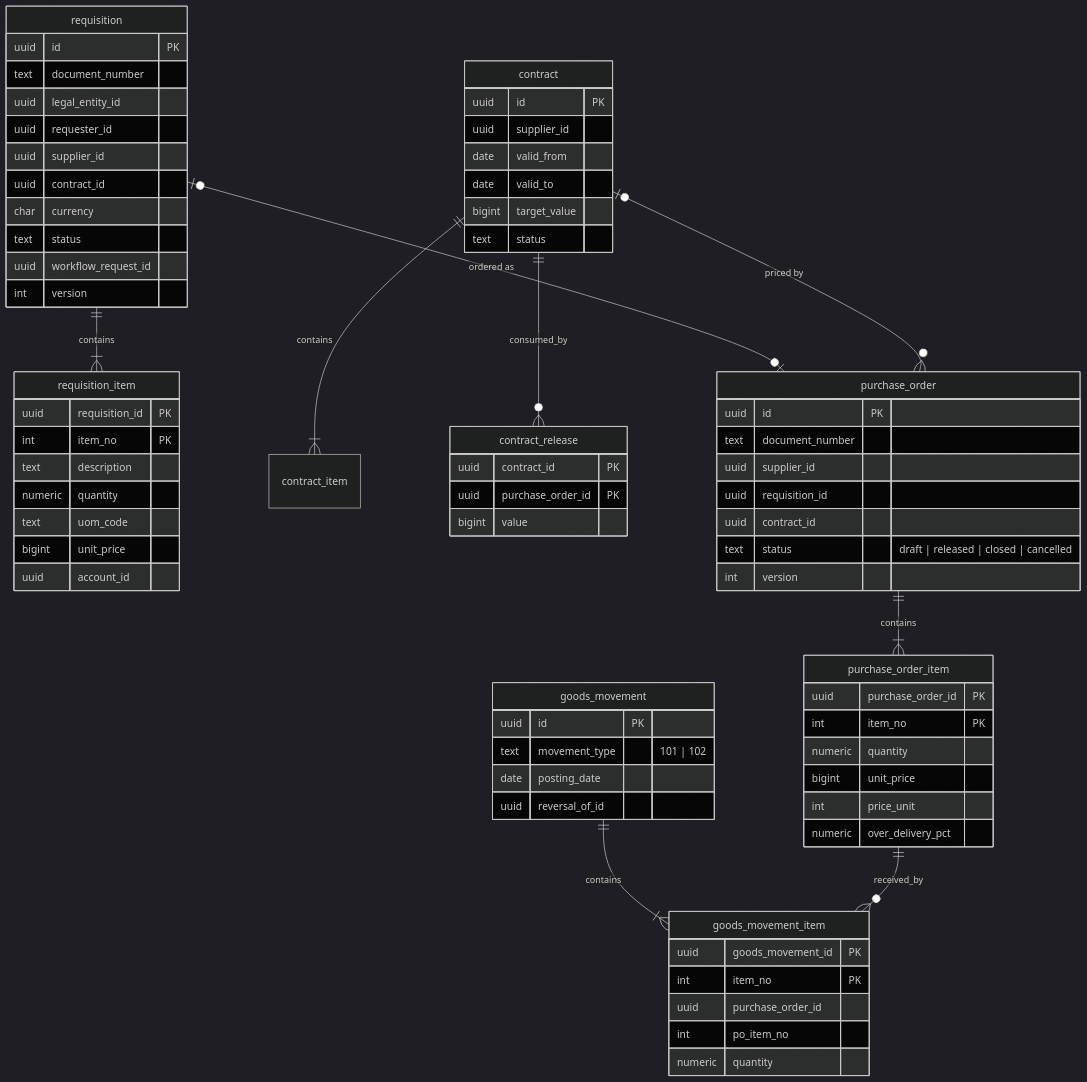
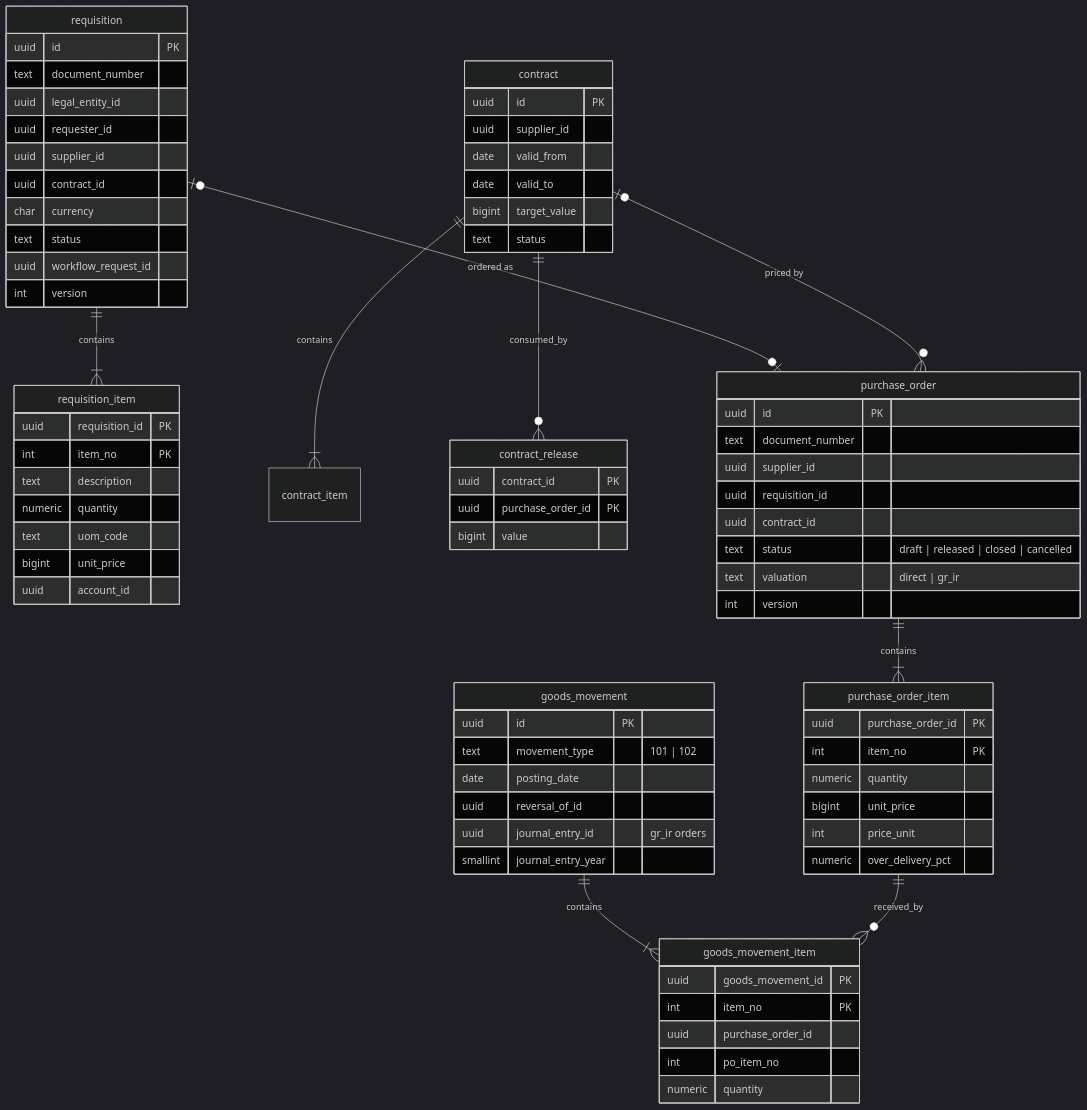
One commit to mustie7iy/agentic-erp changed the sixth of 9 diagrams in docs/design/03-data-model.md. Above: the diagram before and after it, drawn with Mermaid (dark theme). The commit also changed other lines of this file and 3 other files, not shown here.

First line of the commit message:
Schema for GR/IR clearing: order items on journal lines, order valuation (T33a)

````diff
--- a/docs/design/03-data-model.md
+++ b/docs/design/03-data-model.md
@@ -537,59 +554,62 @@
 ```mermaid
 erDiagram
   requisition ||--|{ requisition_item : contains
   contract ||--|{ contract_item : contains
   contract ||--o{ contract_release : consumed_by
   purchase_order ||--|{ purchase_order_item : contains
   requisition |o--o| purchase_order : "ordered as"
   contract |o--o{ purchase_order : "priced by"
   goods_movement ||--|{ goods_movement_item : contains
   purchase_order_item ||--o{ goods_movement_item : received_by
   requisition { uuid id PK
     text document_number
     uuid legal_entity_id
     uuid requester_id
     uuid supplier_id
     uuid contract_id
     char currency
     text status
     uuid workflow_request_id
     int version }
   requisition_item { uuid requisition_id PK
     int item_no PK
     text description
     numeric quantity
     text uom_code
     bigint unit_price
     uuid account_id }
   contract { uuid id PK
     uuid supplier_id
     date valid_from
     date valid_to
     bigint target_value
     text status }
   contract_release { uuid contract_id PK
     uuid purchase_order_id PK
     bigint value }
   purchase_order { uuid id PK
     text document_number
     uuid supplier_id
     uuid requisition_id
     uuid contract_id
     text status "draft | released | closed | cancelled"
+    text valuation "direct | gr_ir"
     int version }
   purchase_order_item { uuid purchase_order_id PK
     int item_no PK
     numeric quantity
     bigint unit_price
     int price_unit
     numeric over_delivery_pct }
   goods_movement { uuid id PK
     text movement_type "101 | 102"
     date posting_date
-    uuid reversal_of_id }
+    uuid reversal_of_id
+    uuid journal_entry_id "gr_ir orders"
+    smallint journal_entry_year }
   goods_movement_item { uuid goods_movement_id PK
     int item_no PK
     uuid purchase_order_id
     int po_item_no
     numeric quantity }
 ```
````
